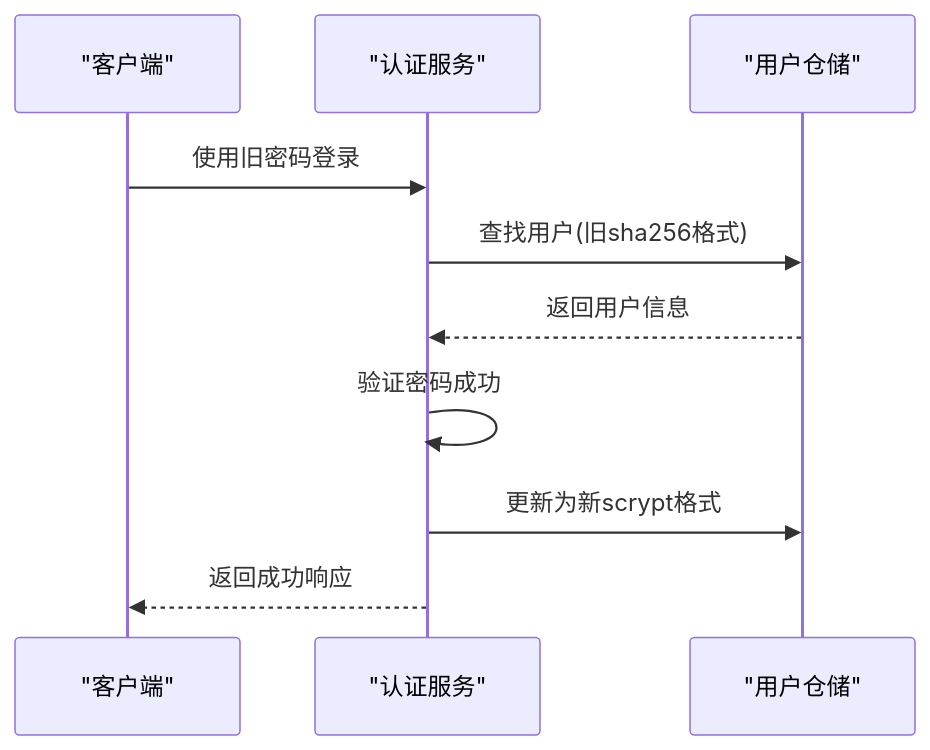
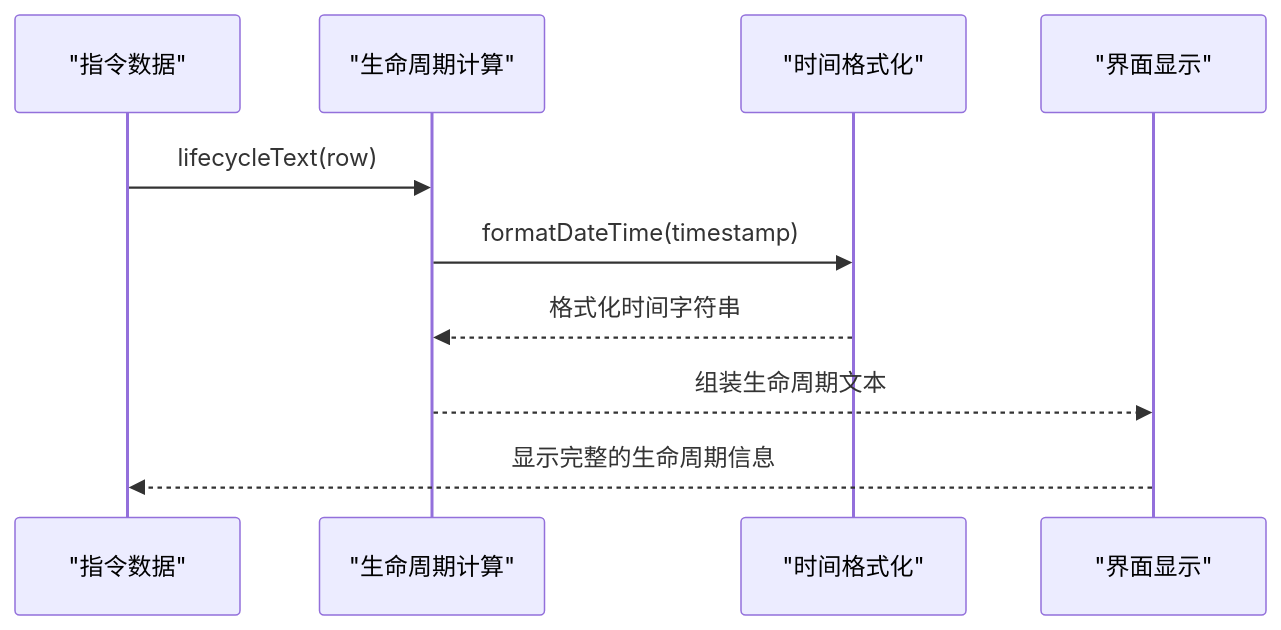
One commit to q446328246/agri-platform changed diagram 23 of 28 in .qoder/repowiki/zh/content/测试策略/测试策略.md. Above: the diagram before and after it, drawn with Mermaid. The commit also changed other lines of this file and 35 other files, not shown here.

````diff
--- a/.qoder/repowiki/zh/content/测试策略/测试策略.md
+++ b/.qoder/repowiki/zh/content/测试策略/测试策略.md
@@ -647,12 +675,12 @@
 ```mermaid
 sequenceDiagram
-participant Client as "客户端"
-participant Auth as "认证服务"
-participant Repo as "用户仓储"
-Client->>Auth : 使用旧密码登录
-Auth->>Repo : 查找用户(旧sha256格式)
-Repo-->>Auth : 返回用户信息
-Auth->>Auth : 验证密码成功
-Auth->>Repo : 更新为新scrypt格式
-Auth-->>Client : 返回成功响应
+participant Data as "指令数据"
+participant Lifecycle as "生命周期计算"
+participant Format as "时间格式化"
+participant Display as "界面显示"
+Data->>Lifecycle : lifecycleText(row)
+Lifecycle->>Format : formatDateTime(timestamp)
+Format-->>Lifecycle : 格式化时间字符串
+Lifecycle-->>Display : 组装生命周期文本
+Display-->>Data : 显示完整的生命周期信息
 ```
````
